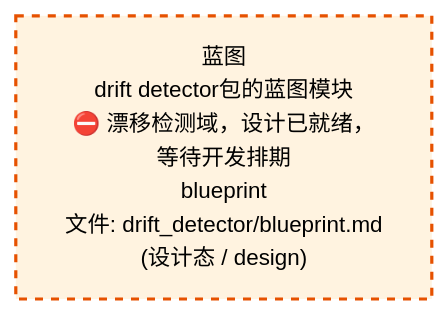
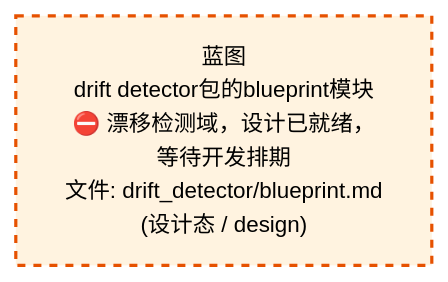
One commit to xuanFelixVan/ZephyrAlpha changed the third of 4 diagrams in docs/02_enterprise_architecture/02_domain_architecture_docs/52_d_gov_drift.md. Above: the diagram before and after it, drawn with Mermaid. The commit also changed other lines of this file and 61 other files, not shown here.

````diff
--- a/docs/02_enterprise_architecture/02_domain_architecture_docs/52_d_gov_drift.md
+++ b/docs/02_enterprise_architecture/02_domain_architecture_docs/52_d_gov_drift.md
@@ -457,10 +457,10 @@
 ```mermaid
 %%{init: {'theme': 'base', 'themeVariables': {'primaryColor': '#eaeaea', 'primaryTextColor': '#333333', 'primaryBorderColor': '#666666', 'lineColor': '#666666', 'secondaryColor': '#eaeaea', 'tertiaryColor': '#eaeaea', 'fontSize': '14px'}}}%%
 flowchart TD
-    docs_03_modules_domain_governance_drift_detector_blueprint_md["蓝图<br/>drift detector包的蓝图模块<br/>⛔ 漂移检测域，设计已就绪，等待开发排期<br/>blueprint<br/>文件: drift_detector/blueprint.md<br/>(设计态 / design)"]
+    docs_03_modules_domain_governance_drift_detector_blueprint_md["蓝图<br/>drift detector包的blueprint模块<br/>⛔ 漂移检测域，设计已就绪，等待开发排期<br/>文件: drift_detector/blueprint.md<br/>(设计态 / design)"]
     classDef production fill:#e1f5fe,stroke:#01579b,stroke-width:2px,color:#000
     classDef design fill:#fff3e0,stroke:#e65100,stroke-width:2px,color:#000,stroke-dasharray: 5 5
     classDef external_prod fill:#e8f4fd,stroke:#0277bd,stroke-width:1px,color:#000
     classDef external_design fill:#fff8e7,stroke:#ef6c00,stroke-width:1px,color:#000,stroke-dasharray: 5 5
     class docs_03_modules_domain_governance_drift_detector_blueprint_md design
 ```
````
